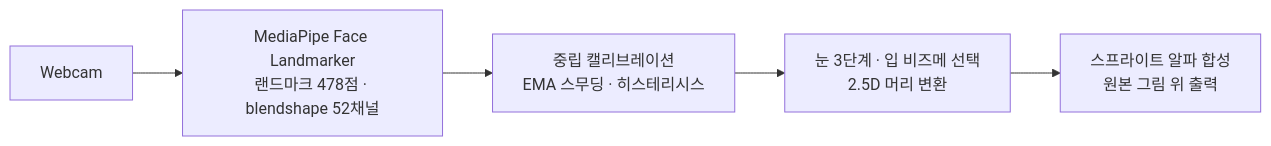
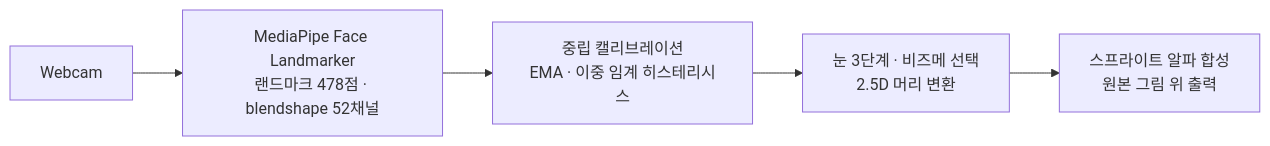
One commit to ingon1026/drawface-live changed the diagram in README.md. Above: the diagram before and after it, drawn with Mermaid. The commit also changed other lines of this file, not shown here.

````diff
--- a/README.md
+++ b/README.md
@@ -13,7 +22,7 @@
 ```mermaid
 flowchart LR
     A[Webcam] --> B["MediaPipe Face Landmarker<br/>랜드마크 478점 · blendshape 52채널"]
-    B --> C["중립 캘리브레이션<br/>EMA 스무딩 · 히스테리시스"]
-    C --> D["눈 3단계 · 입 비즈메 선택<br/>2.5D 머리 변환"]
+    B --> C["중립 캘리브레이션<br/>EMA · 이중 임계 히스테리시스"]
+    C --> D["눈 3단계 · 비즈메 선택<br/>2.5D 머리 변환"]
     D --> E["스프라이트 알파 합성<br/>원본 그림 위 출력"]
 ```
````
